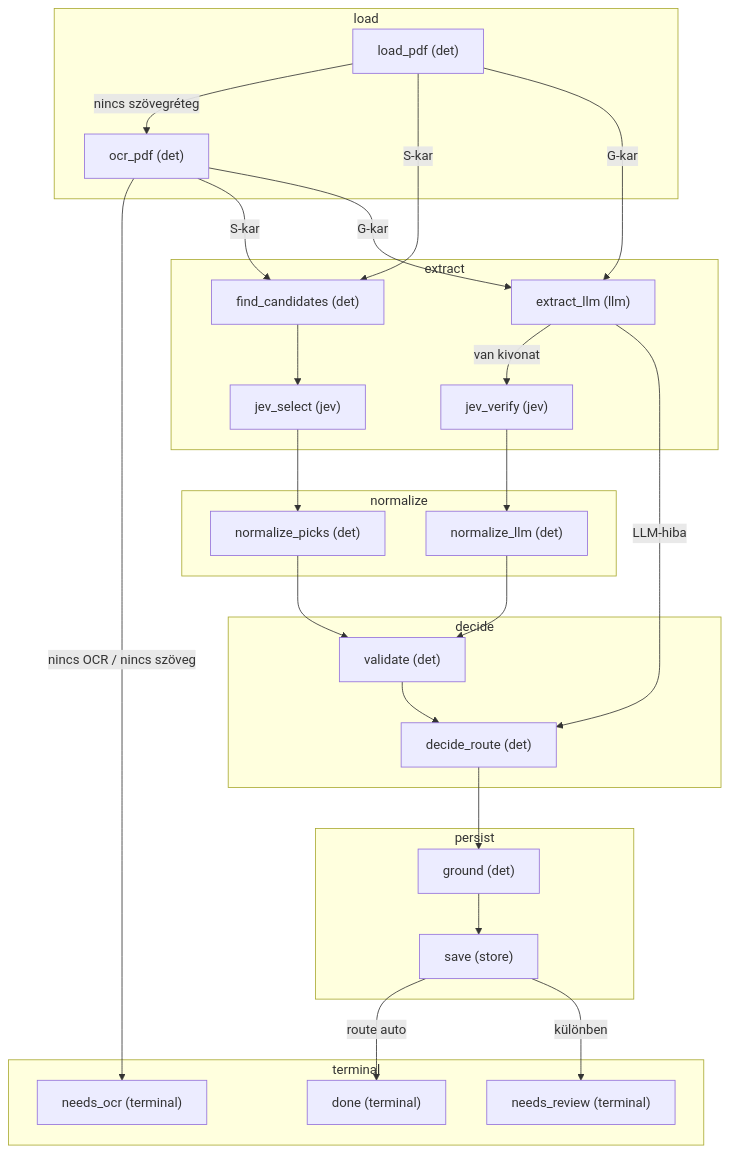
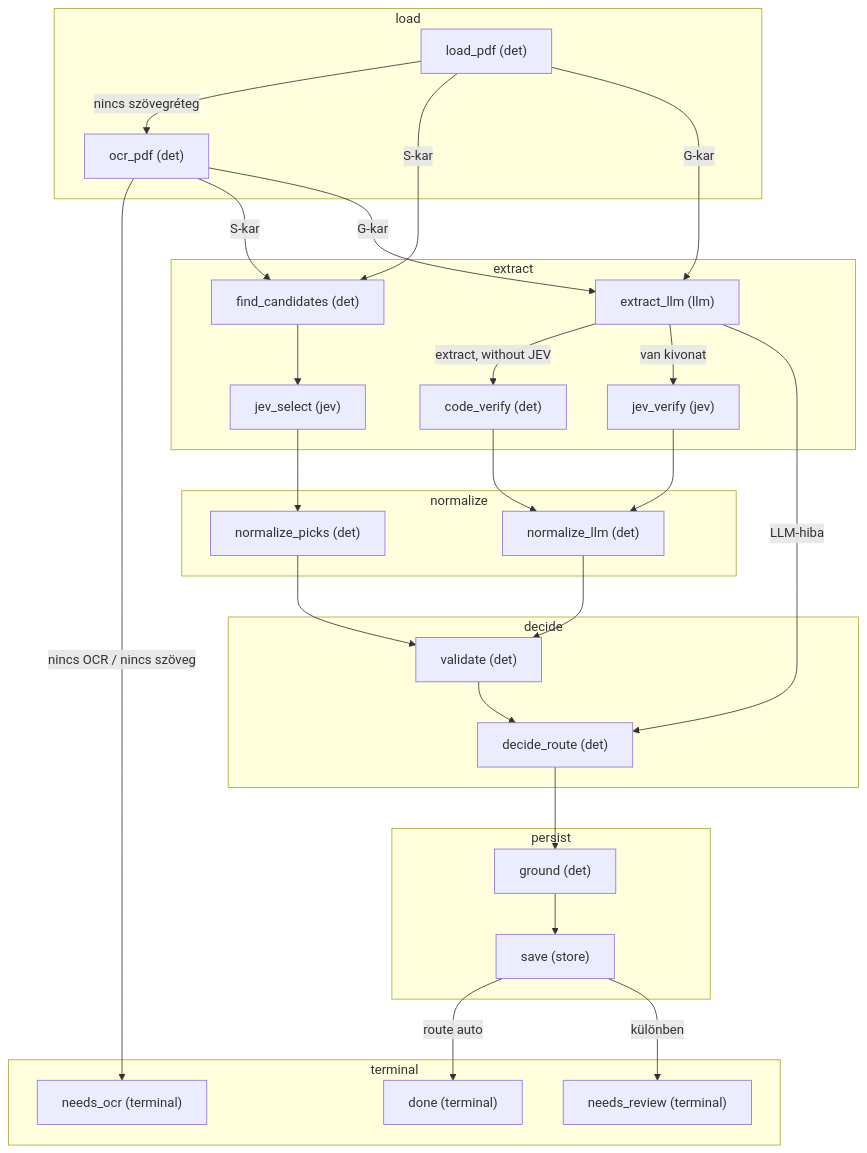
The diagram in docs/flows/invoice/FLOW.mmd (kassaiattila/58_JEV_AI), drawn with Mermaid before and after one commit. The commit also changed 11 other files, not shown here.

First line of the commit message:
feat(flow): the G path can be verified by the code alone (085)

```diff
--- a/docs/flows/invoice/FLOW.mmd
+++ b/docs/flows/invoice/FLOW.mmd
@@ -1,46 +1,49 @@
 flowchart TD
   subgraph ph_load["load"]
     load_pdf["load_pdf (det)"]
     ocr_pdf["ocr_pdf (det)"]
   end
   subgraph ph_extract["extract"]
     find_candidates["find_candidates (det)"]
     jev_select["jev_select (jev)"]
     extract_llm["extract_llm (llm)"]
     jev_verify["jev_verify (jev)"]
+    code_verify["code_verify (det)"]
   end
   subgraph ph_normalize["normalize"]
     normalize_picks["normalize_picks (det)"]
     normalize_llm["normalize_llm (det)"]
   end
   subgraph ph_decide["decide"]
     validate["validate (det)"]
     decide_route["decide_route (det)"]
   end
   subgraph ph_persist["persist"]
     ground["ground (det)"]
     save["save (store)"]
   end
   subgraph ph_terminal["terminal"]
     done["done (terminal)"]
     needs_review["needs_review (terminal)"]
     needs_ocr["needs_ocr (terminal)"]
   end
   load_pdf -->|nincs szövegréteg| ocr_pdf
   load_pdf -->|S-kar| find_candidates
   load_pdf -->|G-kar| extract_llm
   ocr_pdf -->|nincs OCR / nincs szöveg| needs_ocr
   ocr_pdf -->|S-kar| find_candidates
   ocr_pdf -->|G-kar| extract_llm
   find_candidates --> jev_select
   jev_select --> normalize_picks
   normalize_picks --> validate
+  extract_llm -->|extract, without JEV| code_verify
   extract_llm -->|van kivonat| jev_verify
   extract_llm -->|LLM-hiba| decide_route
   jev_verify --> normalize_llm
+  code_verify --> normalize_llm
   normalize_llm --> validate
   validate --> decide_route
   decide_route --> ground
   ground --> save
   save -->|route auto| done
   save -->|különben| needs_review
```
